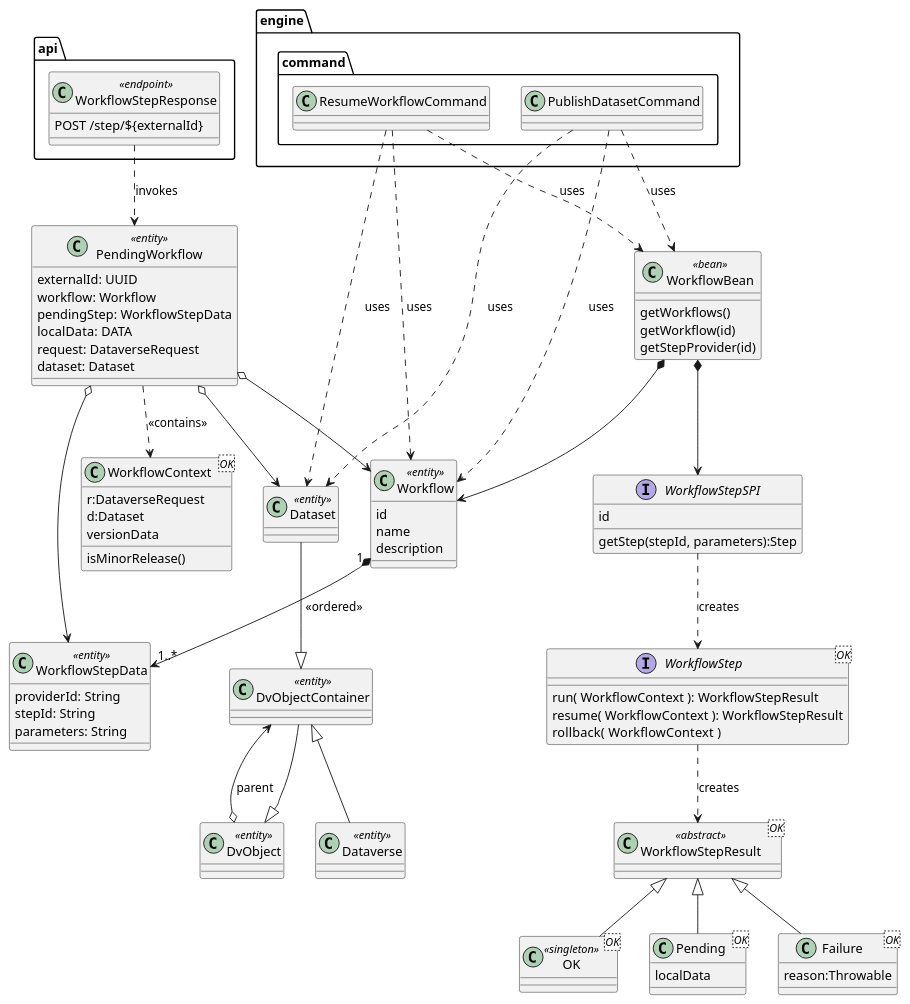
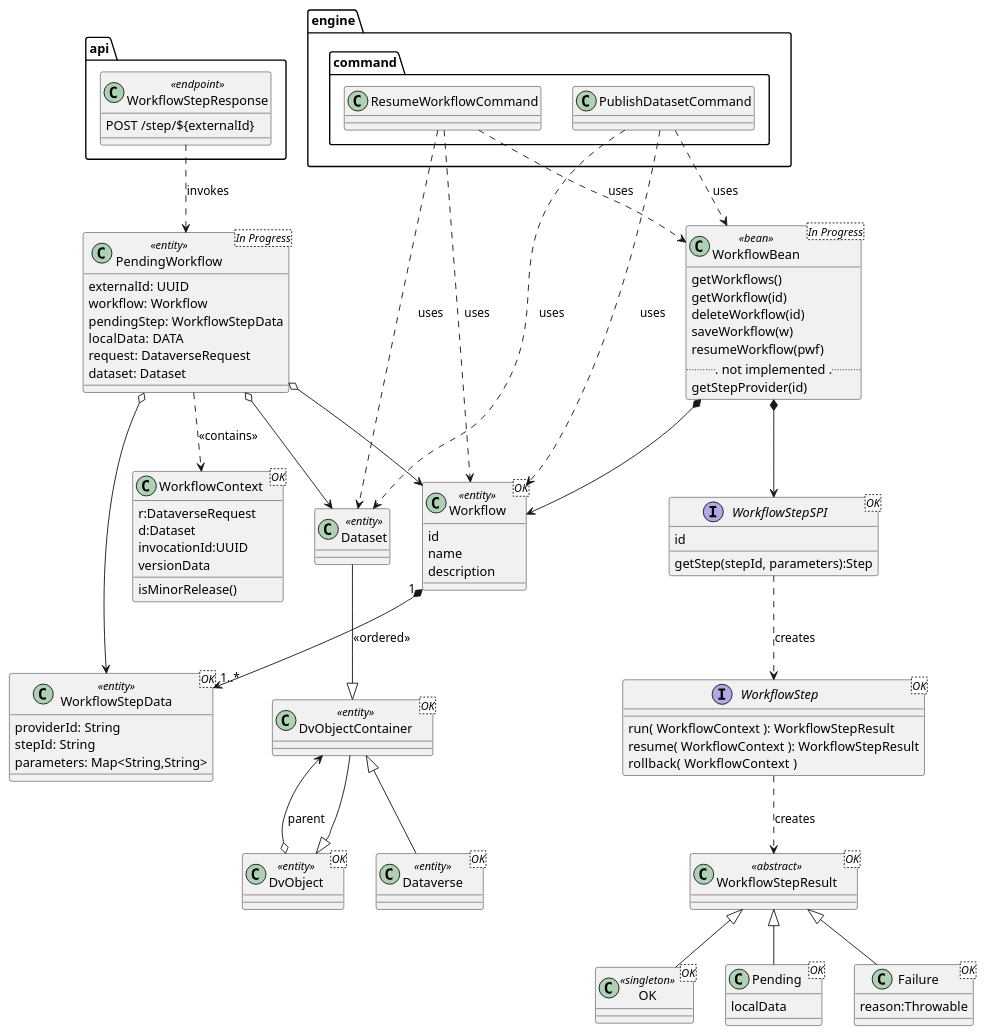
One commit to IQSS/dataverse changed the diagram in doc/Architecture/Workflow/classes.puml. Above: the diagram before and after it, drawn with PlantUML. The commit also changed 12 other files, not shown here.

Commit message:
More workflow model classes implemented. Some sample steps and step SP implementation

```diff
--- a/doc/Architecture/Workflow/classes.puml
+++ b/doc/Architecture/Workflow/classes.puml
@@ -1,102 +1,107 @@
 @startuml
 
-class DvObject <<entity>>
-class DvObjectContainer <<entity>>
-class Dataverse <<entity>>
+class DvObject<OK> <<entity>>
+class DvObjectContainer<OK> <<entity>>
+class Dataverse<OK> <<entity>>
 class Dataset <<entity>>
 
 Dataset --|> DvObjectContainer
 DvObjectContainer --|>DvObject
 Dataverse -up-|> DvObjectContainer
 DvObject o--> DvObjectContainer: parent
 
-class Workflow <<entity>> {
+class Workflow<OK> <<entity>> {
   id
   name
   description
 }
 
-class WorkflowStepData <<entity>> {
+class WorkflowStepData<OK> <<entity>> {
   providerId: String
   stepId: String
-  parameters: String
+  parameters: Map<String,String>
 }
 
-class WorkflowBean <<bean>> {
+class WorkflowBean<In Progress> <<bean>> {
   getWorkflows()
   getWorkflow(id)
+  deleteWorkflow(id)
+  saveWorkflow(w)
+  resumeWorkflow(pwf)
+  ... not implemented ...
   getStepProvider(id)
 }
 
 class WorkflowContext<OK> {
   r:DataverseRequest
   d:Dataset
+  invocationId:UUID
   versionData
   isMinorRelease()
 }
 
-class PendingWorkflow <<entity>> {
+class PendingWorkflow<In Progress> <<entity>> {
   externalId: UUID
   workflow: Workflow
   pendingStep: WorkflowStepData
   localData: DATA
   request: DataverseRequest
   dataset: Dataset
 }
 
-interface WorkflowStepSPI {
+interface WorkflowStepSPI<OK> {
   id
   getStep(stepId, parameters):Step
 }
 
 interface WorkflowStep<OK> {
   run( WorkflowContext ): WorkflowStepResult
   resume( WorkflowContext ): WorkflowStepResult
   rollback( WorkflowContext  )
 }
 
 class WorkflowStepResult<OK> <<abstract>>
 class OK<OK> <<singleton>>
 class Pending<OK>{
   localData
 }
 class Failure<OK> {
   reason:Throwable
 }
 
 package engine.command {
   class PublishDatasetCommand
   class ResumeWorkflowCommand
 }
 
 package api {
   class WorkflowStepResponse <<endpoint>> {
     POST /step/${externalId}
   }
 }
 
 OK -up-|> WorkflowStepResult
 Pending -up-|> WorkflowStepResult
 Failure -up-|> WorkflowStepResult
 
 PendingWorkflow o--> Workflow
 PendingWorkflow o--> WorkflowStepData
 PendingWorkflow o--> Dataset
 Workflow "1" *--> "1..*" WorkflowStepData: <<ordered>>
 WorkflowStepSPI ..> WorkflowStep: creates
 WorkflowStep ..> WorkflowStepResult: creates
 WorkflowStepResponse ..> PendingWorkflow : invokes
 WorkflowBean *--> WorkflowStepSPI
 WorkflowBean *--> Workflow
 
 PublishDatasetCommand ..> Workflow : uses
 PublishDatasetCommand ..> Dataset : uses
 PublishDatasetCommand ..> WorkflowBean : uses
 
 ResumeWorkflowCommand ..> Workflow : uses
 ResumeWorkflowCommand ..> Dataset : uses
 ResumeWorkflowCommand ..> WorkflowBean : uses
 
 PendingWorkflow  ..> WorkflowContext: <<contains>>
 
 @enduml
```
